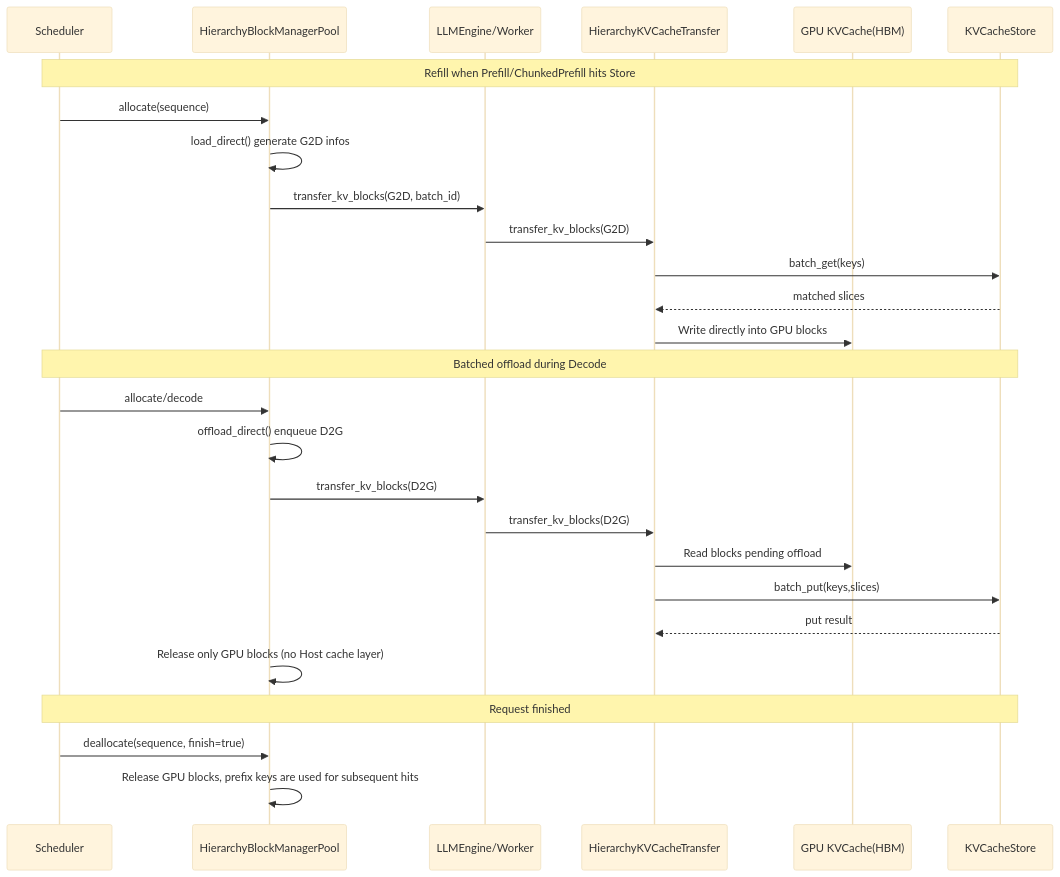
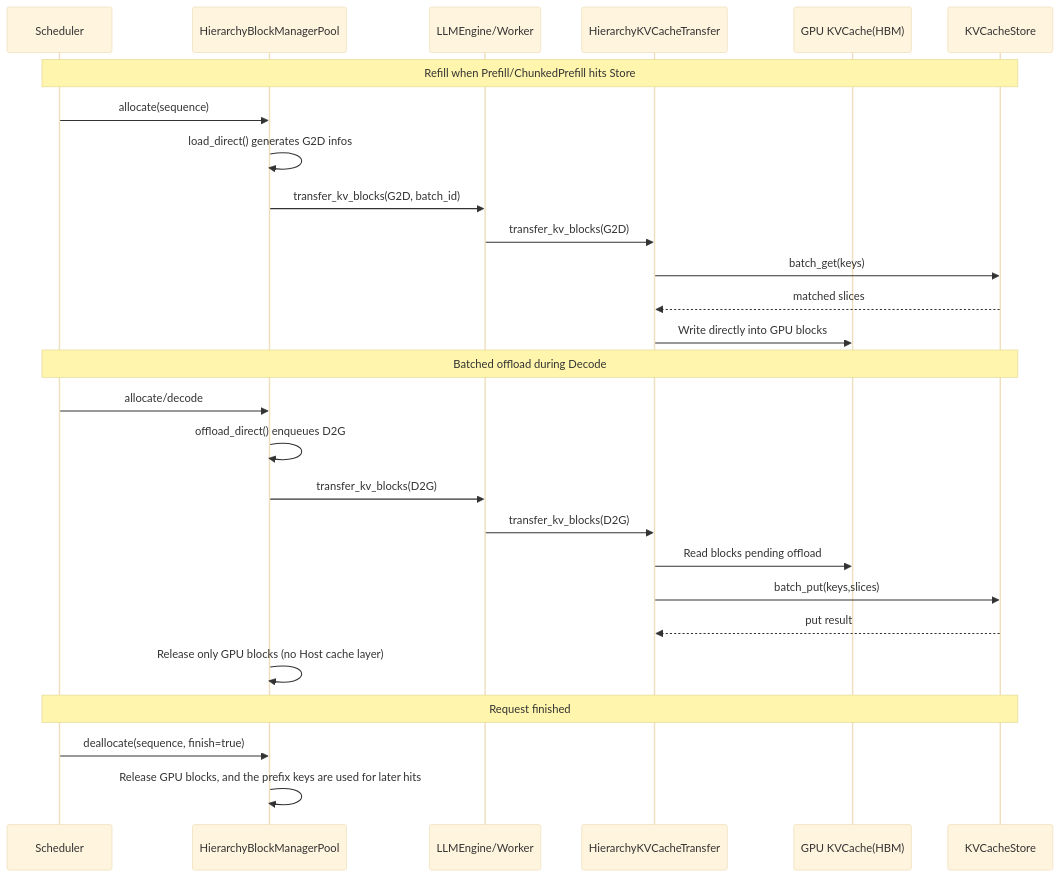
The second of 2 diagrams in docs/en/features/hierarchy_kvcache.md (jd-opensource/xllm), drawn with Mermaid (base theme) before and after one commit. The commit also changed other lines of this file and 23 other files, not shown here.

````diff
--- a/docs/en/features/hierarchy_kvcache.md
+++ b/docs/en/features/hierarchy_kvcache.md
@@ -171,32 +128,32 @@
 ```mermaid
 sequenceDiagram
     participant Sch as Scheduler
     participant Pool as HierarchyBlockManagerPool
     participant Eng as LLMEngine/Worker
     participant Tr as HierarchyKVCacheTransfer
     participant GPU as GPU KVCache(HBM)
     participant Store as KVCacheStore
 
     Note over Sch,Store: Refill when Prefill/ChunkedPrefill hits Store
     Sch->>Pool: allocate(sequence)
-    Pool->>Pool: load_direct() generate G2D infos
+    Pool->>Pool: load_direct() generates G2D infos
     Pool->>Eng: transfer_kv_blocks(G2D, batch_id)
     Eng->>Tr: transfer_kv_blocks(G2D)
     Tr->>Store: batch_get(keys)
     Store-->>Tr: matched slices
     Tr->>GPU: Write directly into GPU blocks
 
     Note over Sch,Store: Batched offload during Decode
     Sch->>Pool: allocate/decode
-    Pool->>Pool: offload_direct() enqueue D2G
+    Pool->>Pool: offload_direct() enqueues D2G
     Pool->>Eng: transfer_kv_blocks(D2G)
     Eng->>Tr: transfer_kv_blocks(D2G)
     Tr->>GPU: Read blocks pending offload
     Tr->>Store: batch_put(keys,slices)
     Store-->>Tr: put result
     Pool->>Pool: Release only GPU blocks (no Host cache layer)
 
     Note over Sch,Store: Request finished
     Sch->>Pool: deallocate(sequence, finish=true)
-    Pool->>Pool: Release GPU blocks, prefix keys are used for subsequent hits
+    Pool->>Pool: Release GPU blocks, and the prefix keys are used for later hits
 ```
````
